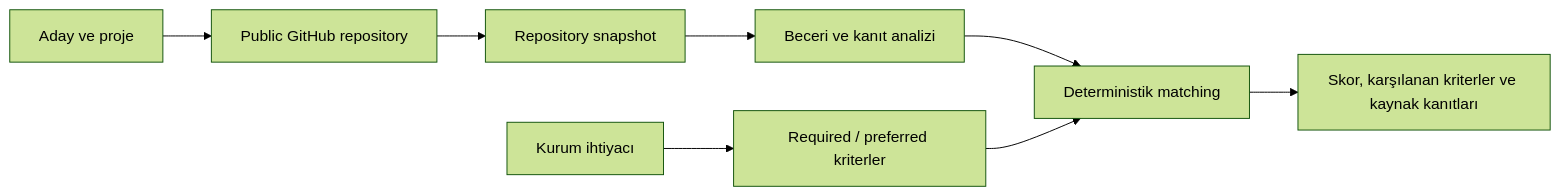
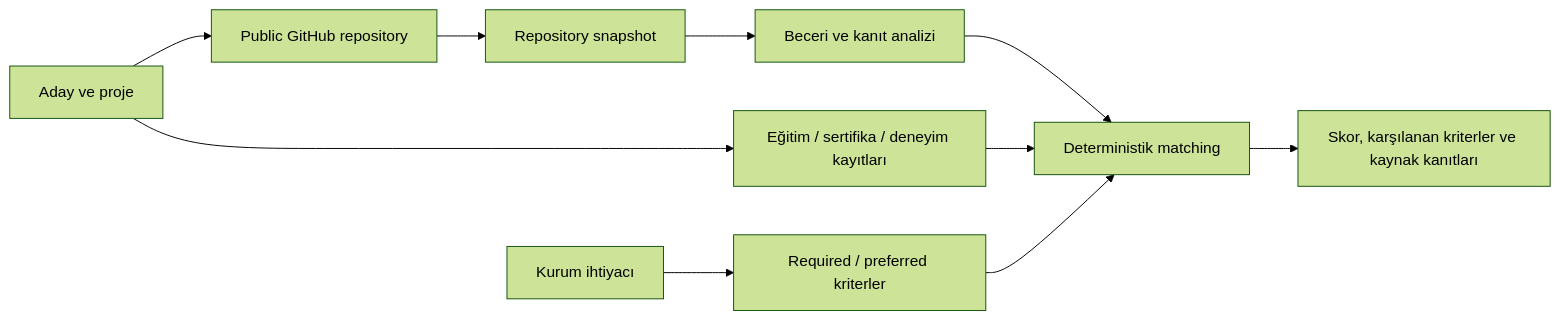
The first of 2 diagrams in README.md (cgdsgcgll/devora-zeminai), drawn with Mermaid (forest theme) before and after one commit. The commit also changed other lines of this file and 5 other files, not shown here.

````diff
--- a/README.md
+++ b/README.md
@@ -13,10 +15,12 @@
 ```mermaid
 flowchart LR
     A[Aday ve proje] --> G[Public GitHub repository]
     G --> S[Repository snapshot]
     S --> E[Beceri ve kanıt analizi]
     N[Kurum ihtiyacı] --> C[Required / preferred kriterler]
     E --> M[Deterministik matching]
+    A --> P[Eğitim / sertifika / deneyim kayıtları]
+    P --> M
     C --> M
     M --> R[Skor, karşılanan kriterler ve kaynak kanıtları]
 ```
````
